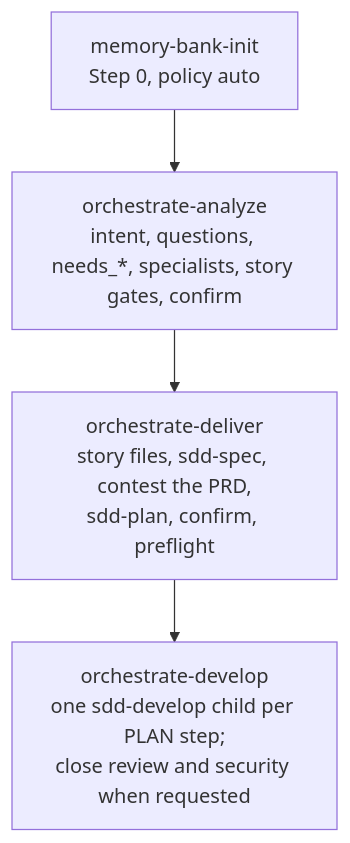
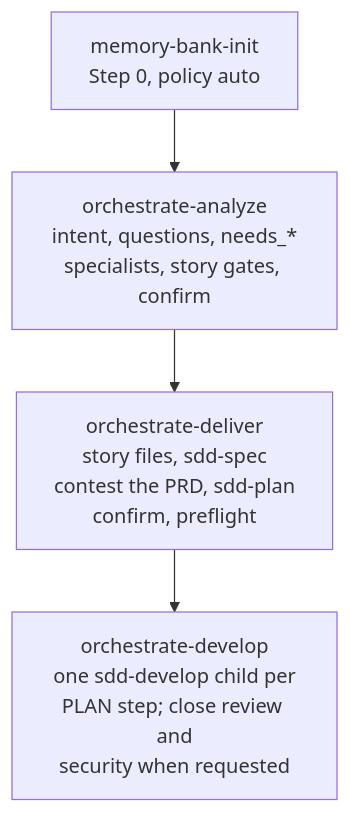
Before and after one commit to tibursocampos/agent-dev-toolkit: the first of 2 diagrams in docs-site/orchestrated-delivery.md, drawn with Mermaid. The commit also changed other lines of this file and 3 other files, not shown here.

First line of the commit message:
docs: fix Mermaid label wrapping and diagram font

````diff
--- a/docs-site/orchestrated-delivery.md
+++ b/docs-site/orchestrated-delivery.md
@@ -39,8 +39,8 @@
 ```mermaid
 flowchart TD
   step0["memory-bank-init<br/>Step 0, policy auto"]
-  o1["orchestrate-analyze<br/>intent, questions, needs_*, specialists, story gates, confirm"]
-  o2["orchestrate-deliver<br/>story files, sdd-spec, contest the PRD,<br/>sdd-plan, confirm, preflight"]
-  o3["orchestrate-develop<br/>one sdd-develop child per PLAN step;<br/>close review and security when requested"]
+  o1["orchestrate-analyze<br/>intent, questions, needs_*<br/>specialists, story gates, confirm"]
+  o2["orchestrate-deliver<br/>story files, sdd-spec<br/>contest the PRD, sdd-plan<br/>confirm, preflight"]
+  o3["orchestrate-develop<br/>one sdd-develop child per<br/>PLAN step; close review and<br/>security when requested"]
   step0 --> o1 --> o2 --> o3
 ```
````
